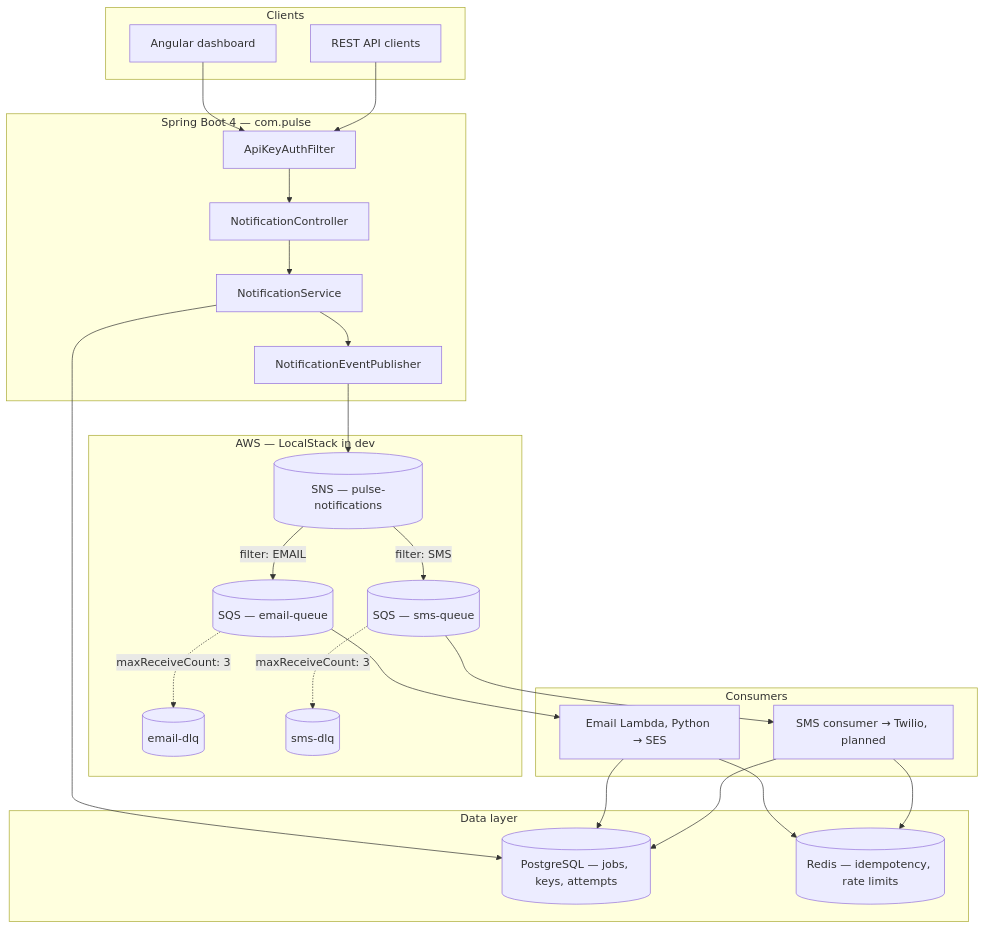
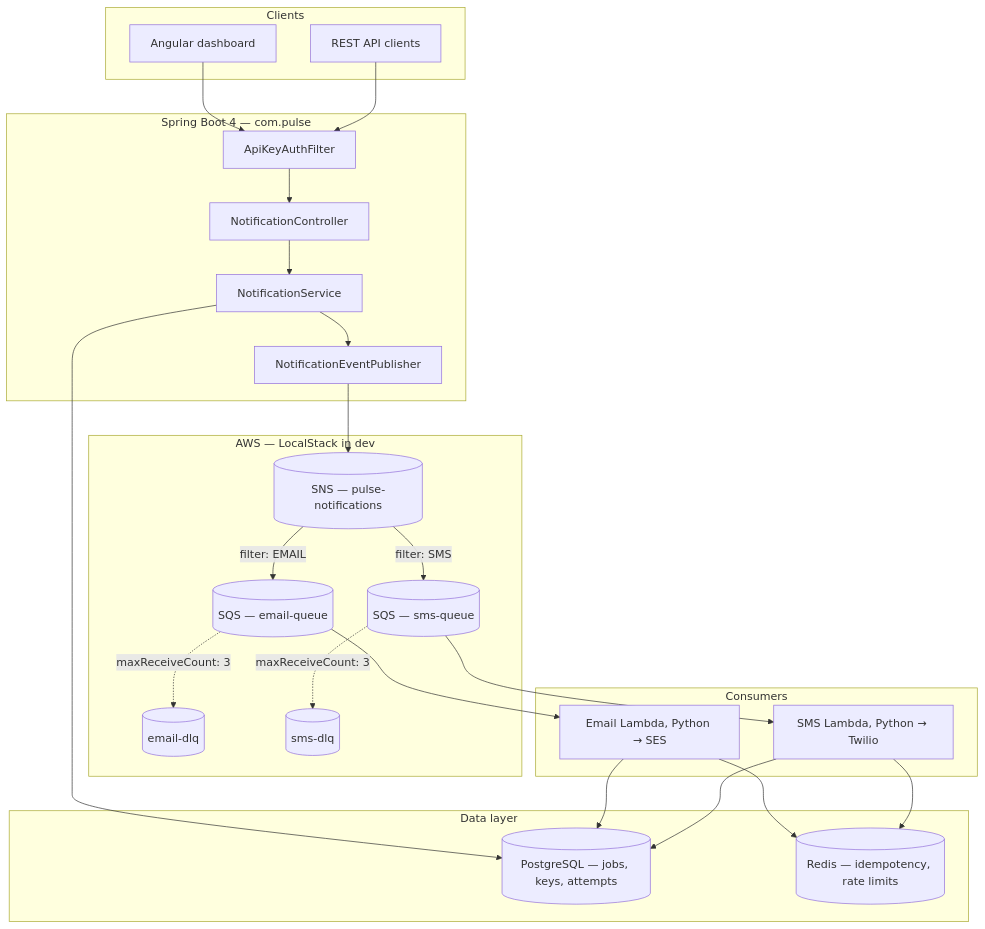
Before and after one commit to Nvafeomo/Pulse: the diagram in README.md, drawn with Mermaid. The commit also changed other lines of this file and 9 other files, not shown here.

First line of the commit message:
Add SMS consumer Lambda that delivers through Twilio

````diff
--- a/README.md
+++ b/README.md
@@ -13,50 +13,50 @@
 ```mermaid
 flowchart TB
     subgraph clients [Clients]
         UI[Angular dashboard]
         API[REST API clients]
     end
 
     subgraph app [Spring Boot 4 — com.pulse]
         AUTH[ApiKeyAuthFilter]
         NC[NotificationController]
         NS[NotificationService]
         PUB[NotificationEventPublisher]
     end
 
     subgraph aws [AWS — LocalStack in dev]
         SNS[(SNS — pulse-notifications)]
         EQ[(SQS — email-queue)]
         SQ[(SQS — sms-queue)]
         EDQ[(email-dlq)]
         SDQ[(sms-dlq)]
     end
 
     subgraph data [Data layer]
         PG[(PostgreSQL — jobs, keys, attempts)]
         RD[(Redis — idempotency, rate limits)]
     end
 
     subgraph consumers [Consumers]
         EC[Email Lambda, Python → SES]
-        SC[SMS consumer → Twilio, planned]
+        SC[SMS Lambda, Python → Twilio]
     end
 
     UI --> AUTH
     API --> AUTH
     AUTH --> NC
     NC --> NS
     NS --> PG
     NS --> PUB
     PUB --> SNS
     SNS -->|filter: EMAIL| EQ
     SNS -->|filter: SMS| SQ
     EQ -.->|maxReceiveCount: 3| EDQ
     SQ -.->|maxReceiveCount: 3| SDQ
     EQ --> EC
     SQ --> SC
     EC --> PG
     SC --> PG
     EC --> RD
     SC --> RD
 ```
````
